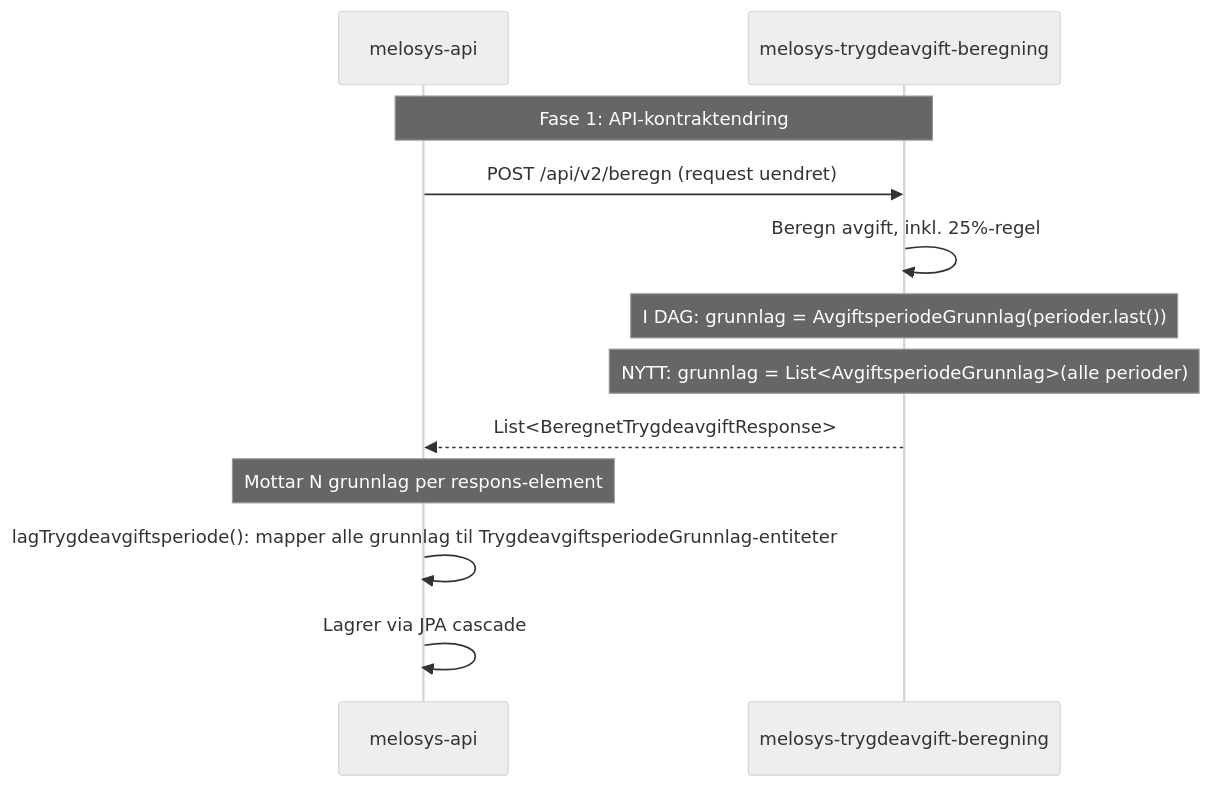
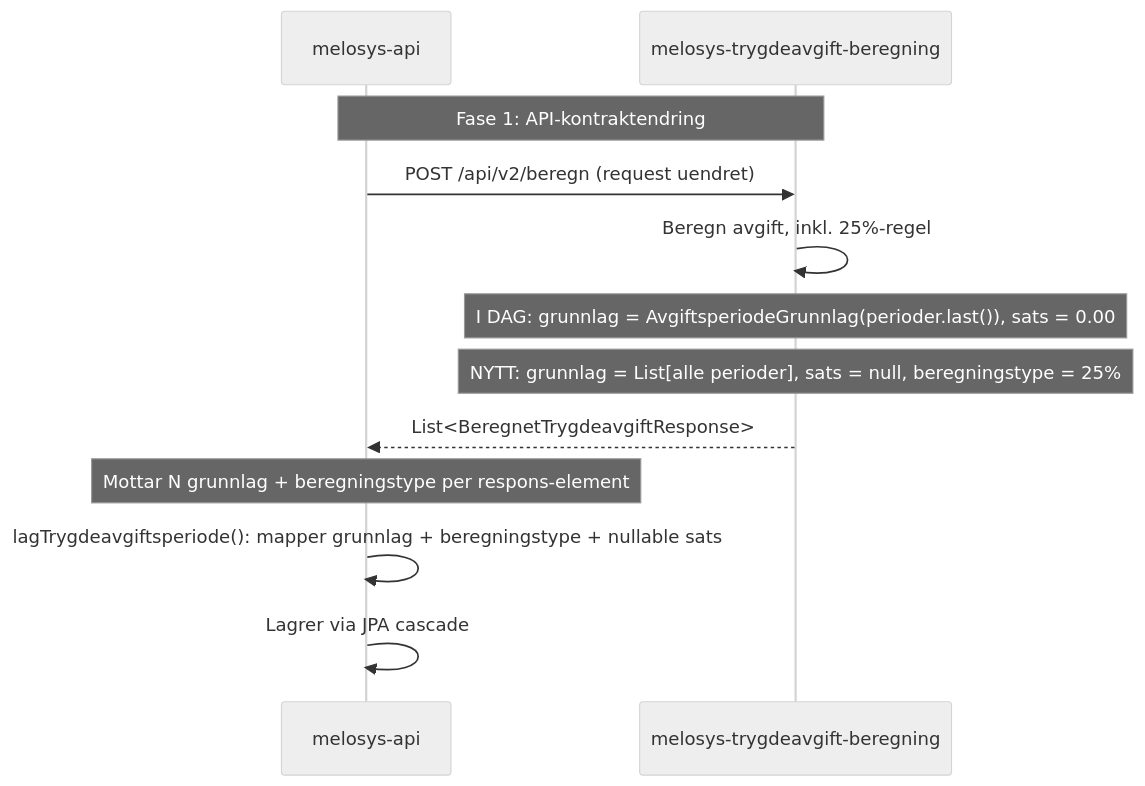
The third of 6 diagrams in docs/MELOSYS-7588-implementeringsplan.md (navikt/melosys-api), drawn with Mermaid (neutral theme) before and after one commit. The commit also changed other lines of this file, not shown here.

First line of the commit message:
7588+7969 Oppdater plan med beregningstype og nullable sats

````diff
--- a/docs/MELOSYS-7588-implementeringsplan.md
+++ b/docs/MELOSYS-7588-implementeringsplan.md
@@ -87,19 +114,19 @@
 ```mermaid
 sequenceDiagram
     participant API as melosys-api
     participant BEREGN as melosys-trygdeavgift-beregning
 
     Note over API,BEREGN: Fase 1: API-kontraktendring
 
     API->>BEREGN: POST /api/v2/beregn (request uendret)
     BEREGN->>BEREGN: Beregn avgift, inkl. 25%-regel
 
-    Note over BEREGN: I DAG: grunnlag = AvgiftsperiodeGrunnlag(perioder.last())
-    Note over BEREGN: NYTT: grunnlag = List<AvgiftsperiodeGrunnlag>(alle perioder)
+    Note over BEREGN: I DAG: grunnlag = AvgiftsperiodeGrunnlag(perioder.last()), sats = 0.00
+    Note over BEREGN: NYTT: grunnlag = List[alle perioder], sats = null, beregningstype = 25%
 
     BEREGN-->>API: List<BeregnetTrygdeavgiftResponse>
 
-    Note over API: Mottar N grunnlag per respons-element
-    API->>API: lagTrygdeavgiftsperiode(): mapper alle grunnlag til TrygdeavgiftsperiodeGrunnlag-entiteter
+    Note over API: Mottar N grunnlag + beregningstype per respons-element
+    API->>API: lagTrygdeavgiftsperiode(): mapper grunnlag + beregningstype + nullable sats
     API->>API: Lagrer via JPA cascade
 ```
````
